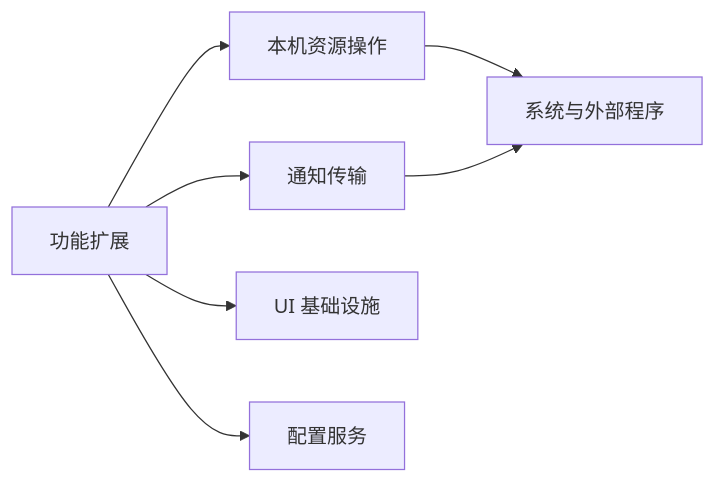
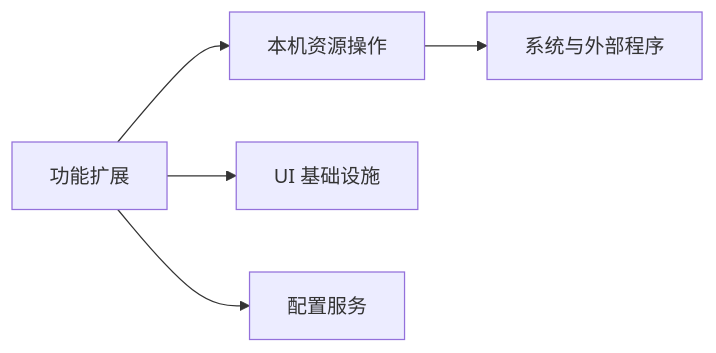
One commit to aqua2k1/pi-kits changed the diagram in shared/README.md. Above: the diagram before and after it, drawn with Mermaid. The commit also changed other lines of this file and 24 other files, not shown here.

````diff
--- a/shared/README.md
+++ b/shared/README.md
@@ -9,9 +9,7 @@
 ```mermaid
 flowchart LR
   A["功能扩展"] --> B["本机资源操作"]
-  A --> C["通知传输"]
   A --> D["UI 基础设施"]
   A --> E["配置服务"]
   B --> F["系统与外部程序"]
-  C --> F
 ```
````
